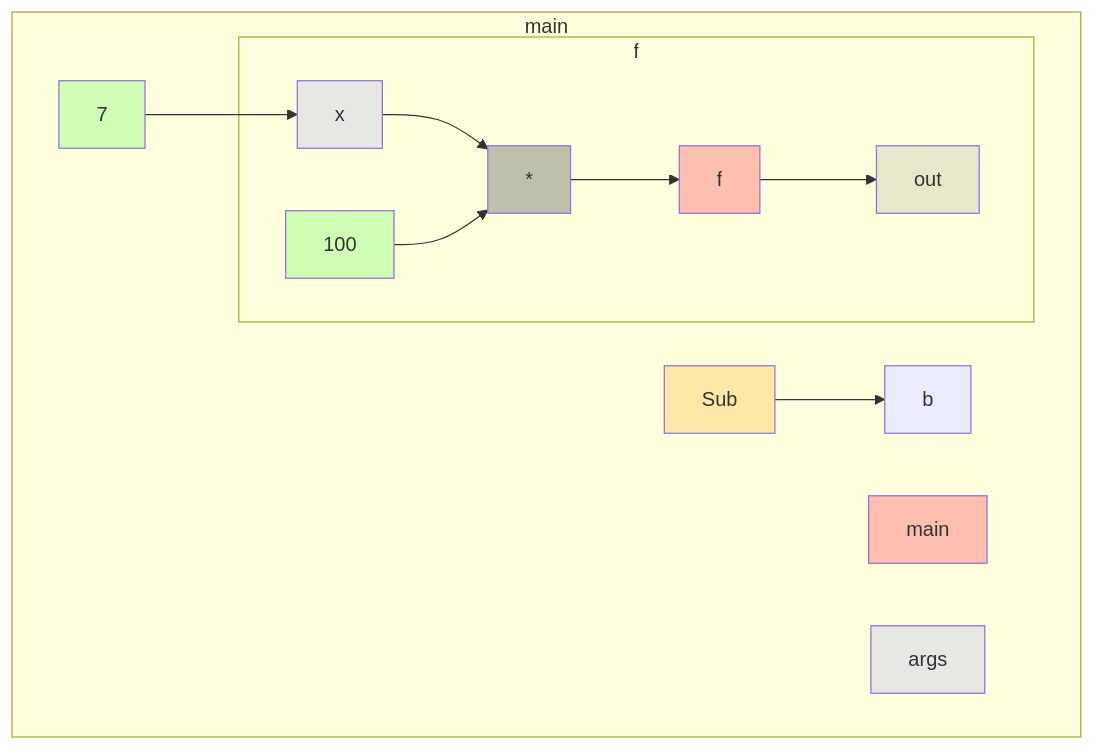
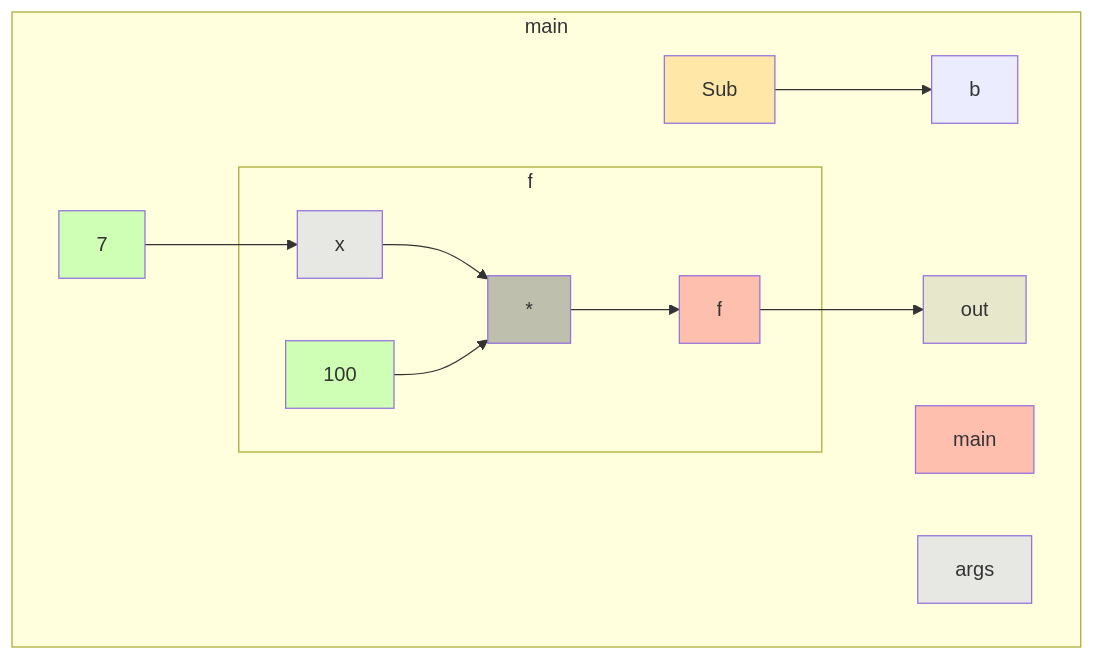
Before and after one commit to gstiebler/codeflow: the diagram in app/src/test/resources/overriddenMethod/truth.md, drawn with Mermaid. The commit also changed 34 other files, not shown here.

````diff
--- a/app/src/test/resources/overriddenMethod/truth.md
+++ b/app/src/test/resources/overriddenMethod/truth.md
@@ -1,30 +1,30 @@
 ```mermaid
 flowchart TD
   subgraph b0["main"]
     n1[main]:::RETURN
     n2[args]:::FUNC_PARAM
     n3[Sub]:::EXTERNAL
     n4[b]:::OBJ_VARIABLE
     n5[7]:::LITERAL
     n11[out]:::VARIABLE
     n3[Sub]:::EXTERNAL --> n4[b]:::OBJ_VARIABLE
     n5[7]:::LITERAL --> n8[x]:::FUNC_PARAM
+    n7[f]:::RETURN --> n11[out]:::VARIABLE
     subgraph b6["f"]
       n7[f]:::RETURN
       n8[x]:::FUNC_PARAM
       n9[100]:::LITERAL
       n10[*]:::BIN_OP
-      n7[f]:::RETURN --> n11[out]:::VARIABLE
       n8[x]:::FUNC_PARAM --> n10[*]:::BIN_OP
       n9[100]:::LITERAL --> n10[*]:::BIN_OP
       n10[*]:::BIN_OP --> n7[f]:::RETURN
     end
   end
   classDef LITERAL fill:#00FF0030
   classDef VARIABLE fill:#80808030
   classDef BIN_OP fill:#80808080
   classDef FUNC_PARAM fill:#8080FF30
   classDef RETURN fill:#FF808080
   classDef EXTERNAL fill:#FFA50040
   classDef UNMODELLED fill:#FF000030,stroke-dasharray: 4 2
 ```
````
